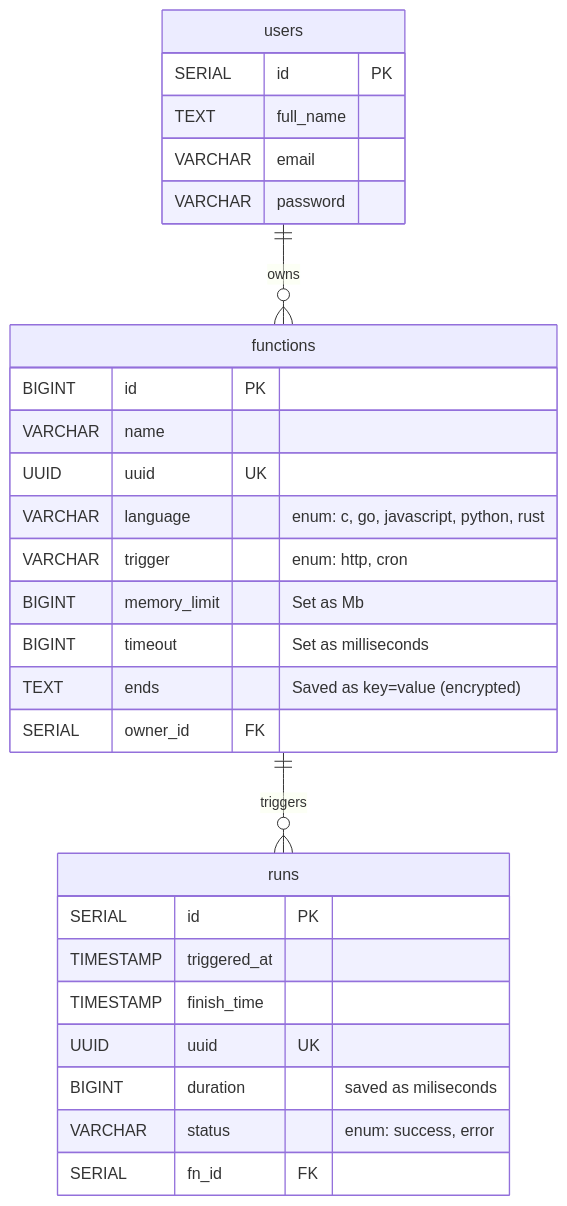
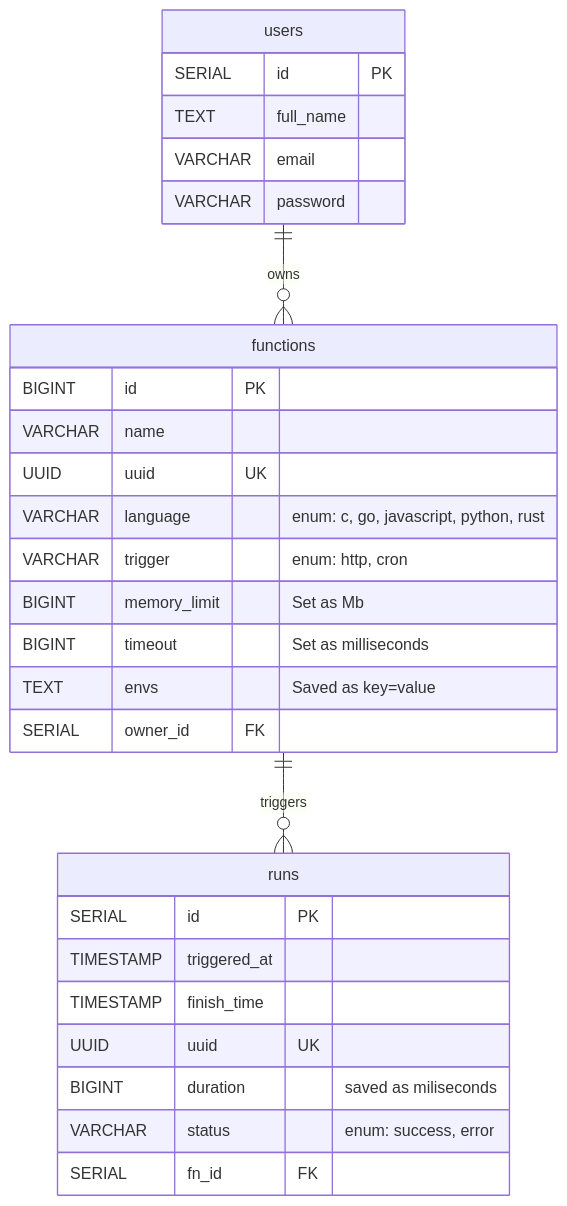
Before and after one commit to KompocikDot/wambda: the diagram in README.md, drawn with Mermaid. The commit also changed 2 other files, not shown here.

Commit message:
Remove function data on user/funtion deletion

````diff
--- a/README.md
+++ b/README.md
@@ -24,34 +24,34 @@
 ```mermaid
 erDiagram
     users ||--o{ functions : "owns"
     functions ||--o{ runs : "triggers"
 
     users {
         SERIAL id PK
         TEXT full_name
         VARCHAR email
         VARCHAR password
     }
 
     functions {
         BIGINT id PK
         VARCHAR name
         UUID uuid UK
         VARCHAR language "enum: c, go, javascript, python, rust"
         VARCHAR trigger "enum: http, cron"
         BIGINT memory_limit "Set as Mb"
         BIGINT timeout "Set as milliseconds"
-        TEXT ends "Saved as key=value (encrypted)"
+        TEXT envs "Saved as key=value"
         SERIAL owner_id FK
     }
 
     runs {
         SERIAL id PK
         TIMESTAMP triggered_at
         TIMESTAMP finish_time
         UUID uuid UK
         BIGINT duration "saved as miliseconds"
         VARCHAR status "enum: success, error"
         SERIAL fn_id FK
     }
 ```
````
